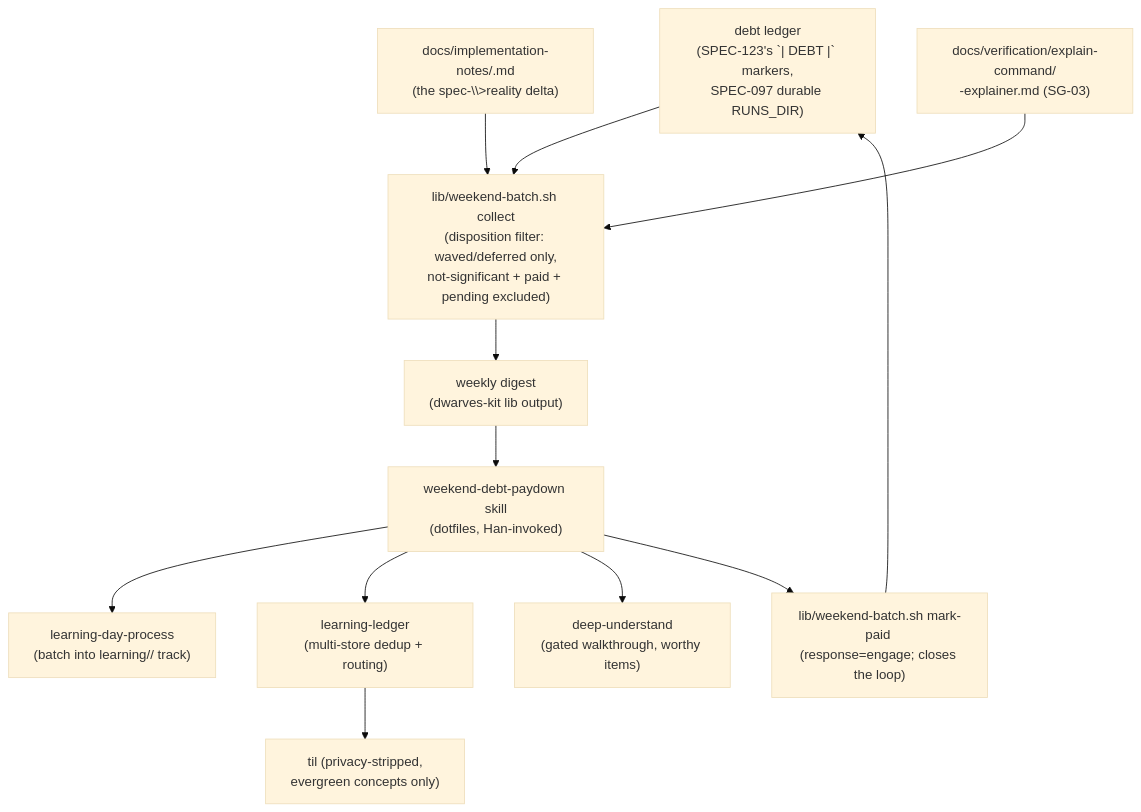
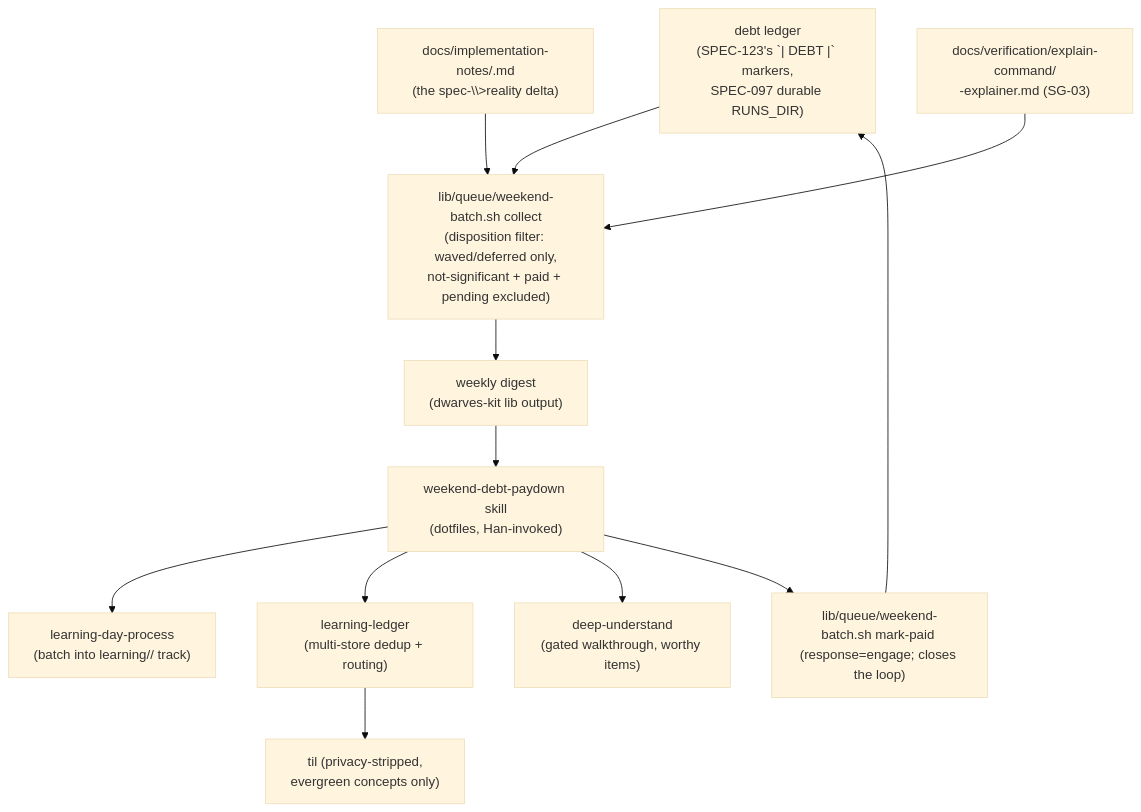
The diagram in docs/specs/SPEC-126-weekend-batch.md (dwarvesf/dwarves-kit), drawn with Mermaid (base theme) before and after one commit. The commit also changed other lines of this file and 387 other files, not shown here.

````diff
--- a/docs/specs/SPEC-126-weekend-batch.md
+++ b/docs/specs/SPEC-126-weekend-batch.md
@@ -162,14 +162,14 @@
 ```mermaid
 flowchart TD
-  ledger["debt ledger\n(SPEC-123's `| DEBT |` markers,\nSPEC-097 durable RUNS_DIR)"] --> collect["lib/weekend-batch.sh collect\n(disposition filter: waved/deferred only,\nnot-significant + paid + pending excluded)"]
+  ledger["debt ledger\n(SPEC-123's `| DEBT |` markers,\nSPEC-097 durable RUNS_DIR)"] --> collect["lib/queue/weekend-batch.sh collect\n(disposition filter: waved/deferred only,\nnot-significant + paid + pending excluded)"]
   notes["docs/implementation-notes/<slug>.md\n(the spec-\\>reality delta)"] --> collect
   explainers["docs/verification/explain-command/\n<rid>-explainer.md (SG-03)"] --> collect
   collect --> digest["weekly digest\n(dwarves-kit lib output)"]
   digest --> skill["weekend-debt-paydown skill\n(dotfiles, Han-invoked)"]
   skill --> ldp["learning-day-process\n(batch into learning/<topic>/ track)"]
   skill --> ledgerskill["learning-ledger\n(multi-store dedup + routing)"]
   skill --> deepu["deep-understand\n(gated walkthrough, worthy items)"]
   ledgerskill --> til["til (privacy-stripped,\nevergreen concepts only)"]
-  skill --> markpaid["lib/weekend-batch.sh mark-paid <rid>\n(response=engage; closes the loop)"]
+  skill --> markpaid["lib/queue/weekend-batch.sh mark-paid <rid>\n(response=engage; closes the loop)"]
   markpaid --> ledger
 ```
````
